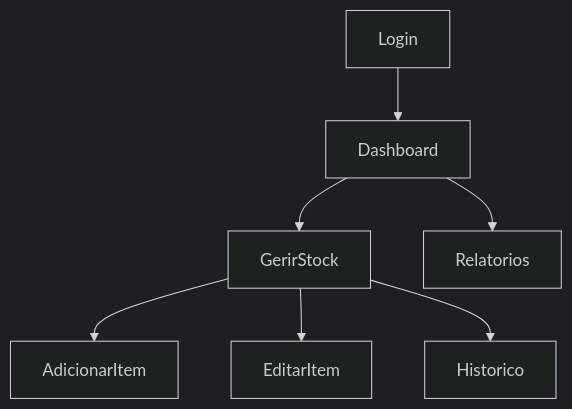
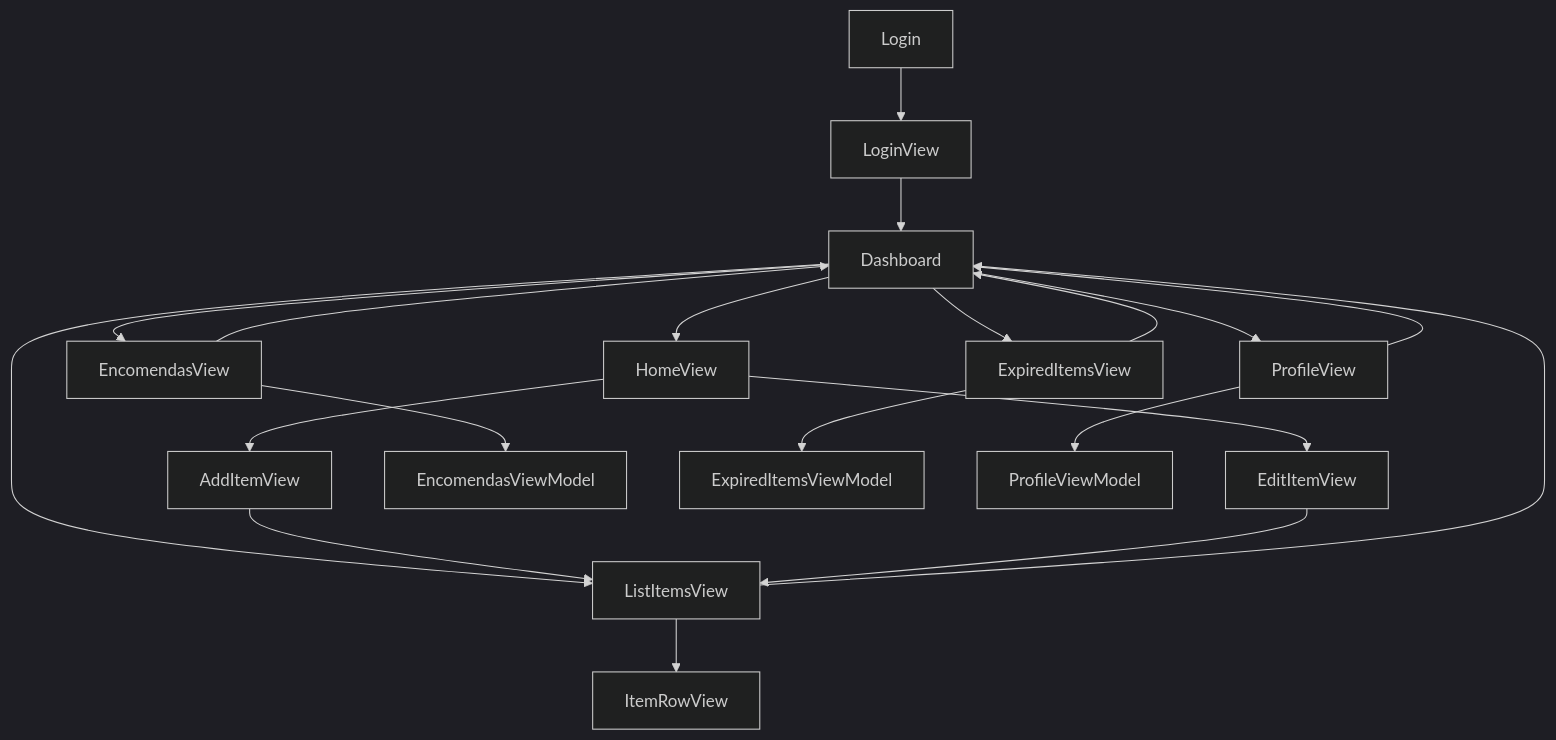
The diagram in README.md (MarcoMacedo29/AppComputacaoMovel), drawn with Mermaid (dark theme) before and after one commit. The commit also changed other lines of this file, not shown here.

````diff
--- a/README.md
+++ b/README.md
@@ -161,9 +162,22 @@
 ```mermaid
 graph TD;
-    Login --> Dashboard;
-    Dashboard --> GerirStock;
-    GerirStock --> AdicionarItem;
-    GerirStock --> EditarItem;
-    GerirStock --> Historico;
-    Dashboard --> Relatorios;
+    Login --> LoginView;
+    LoginView --> Dashboard;
+    Dashboard --> HomeView;
+    Dashboard --> EncomendasView;
+    Dashboard --> ExpiredItemsView;
+    Dashboard --> ListItemsView;
+    Dashboard --> ProfileView;
+    HomeView --> AddItemView;
+    HomeView --> EditItemView;
+    AddItemView --> ListItemsView;
+    EditItemView --> ListItemsView;
+    ListItemsView --> ItemRowView;
+    EncomendasView --> EncomendasViewModel;
+    ExpiredItemsView --> ExpiredItemsViewModel;
+    ProfileView --> ProfileViewModel;
+    EncomendasView --> Dashboard;
+    ExpiredItemsView --> Dashboard;
+    ListItemsView --> Dashboard;
+    ProfileView --> Dashboard;
 ```
````
